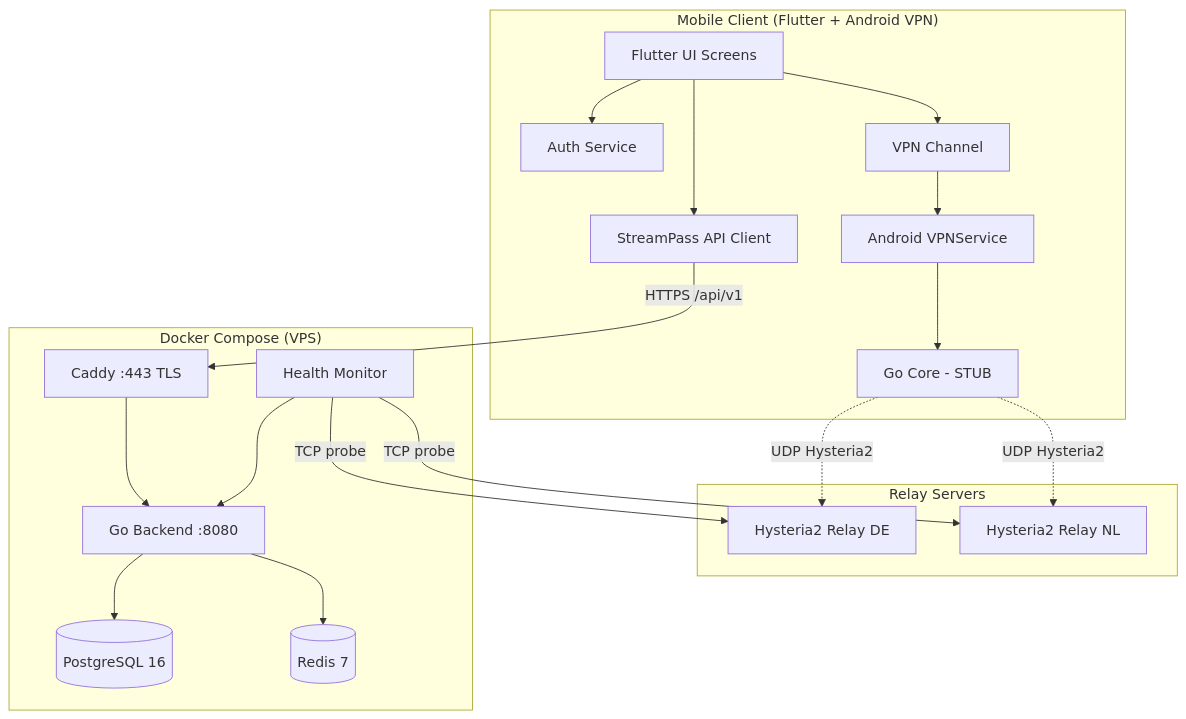
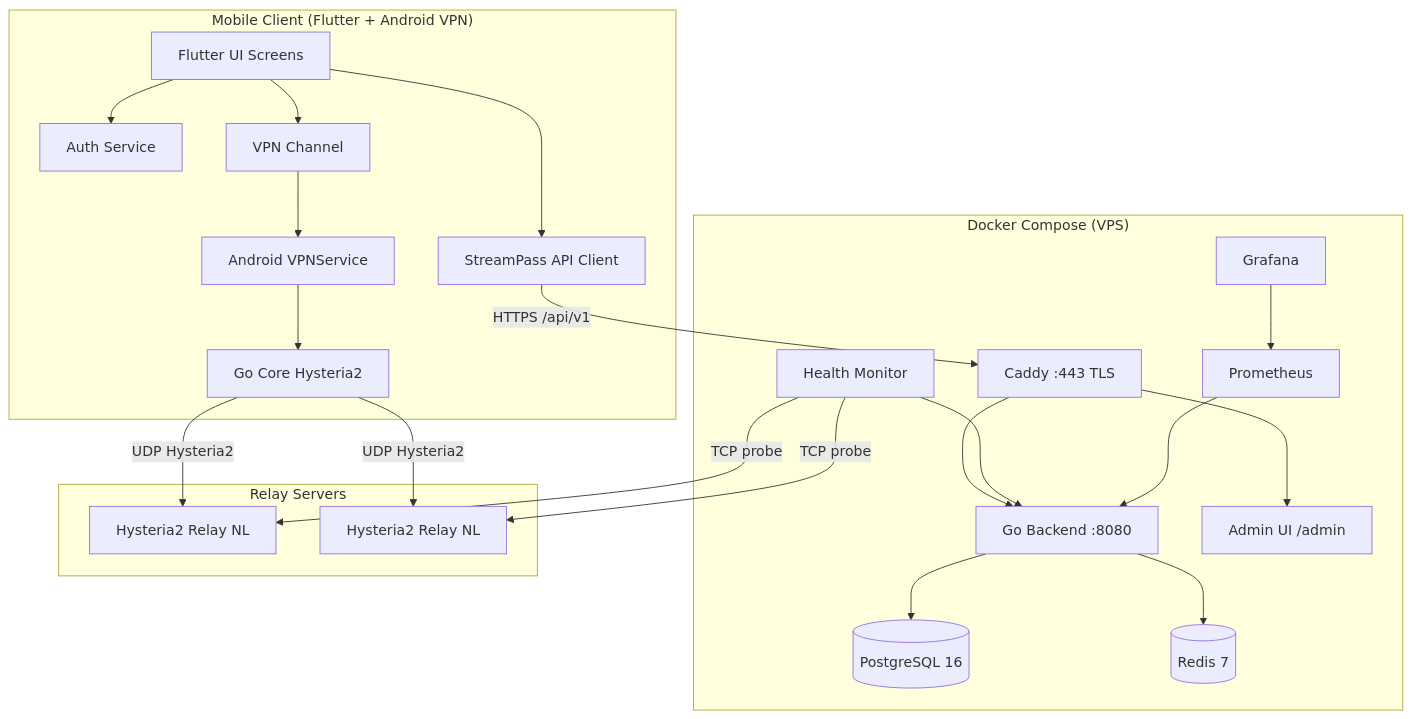
One commit to Zilola5404/StreamPass changed the first of 4 diagrams in docs/07_Architecture.md. Above: the diagram before and after it, drawn with Mermaid. The commit also changed other lines of this file and 34 other files, not shown here.

````diff
--- a/docs/07_Architecture.md
+++ b/docs/07_Architecture.md
@@ -9,39 +9,45 @@
 ```mermaid
 graph TB
     subgraph Client["Mobile Client (Flutter + Android VPN)"]
         UI[Flutter UI Screens]
         AuthSvc[Auth Service]
         APISvc[StreamPass API Client]
         VPNCh[VPN Channel]
-        GoCore[Go Core - STUB]
+        GoCore[Go Core Hysteria2]
         VPNService[Android VPNService]
         UI --> AuthSvc
         UI --> APISvc
         UI --> VPNCh
         VPNCh --> VPNService
         VPNService --> GoCore
     end
 
     subgraph Infrastructure["Docker Compose (VPS)"]
         Caddy[Caddy :443 TLS]
         Backend[Go Backend :8080]
         HM[Health Monitor]
+        AdminUI[Admin UI /admin]
+        Prom[Prometheus]
+        Graf[Grafana]
         PG[(PostgreSQL 16)]
         Redis[(Redis 7)]
         Caddy --> Backend
+        Caddy --> AdminUI
         Backend --> PG
         Backend --> Redis
         HM --> Backend
+        Prom --> Backend
+        Graf --> Prom
     end
 
     subgraph Relay["Relay Servers"]
-        R1[Hysteria2 Relay DE]
+        R1[Hysteria2 Relay NL]
         R2[Hysteria2 Relay NL]
     end
 
     APISvc -->|HTTPS /api/v1| Caddy
-    GoCore -.->|UDP Hysteria2| R1
-    GoCore -.->|UDP Hysteria2| R2
+    GoCore -->|UDP Hysteria2| R1
+    GoCore -->|UDP Hysteria2| R2
     HM -->|TCP probe| R1
     HM -->|TCP probe| R2
 ```
````
